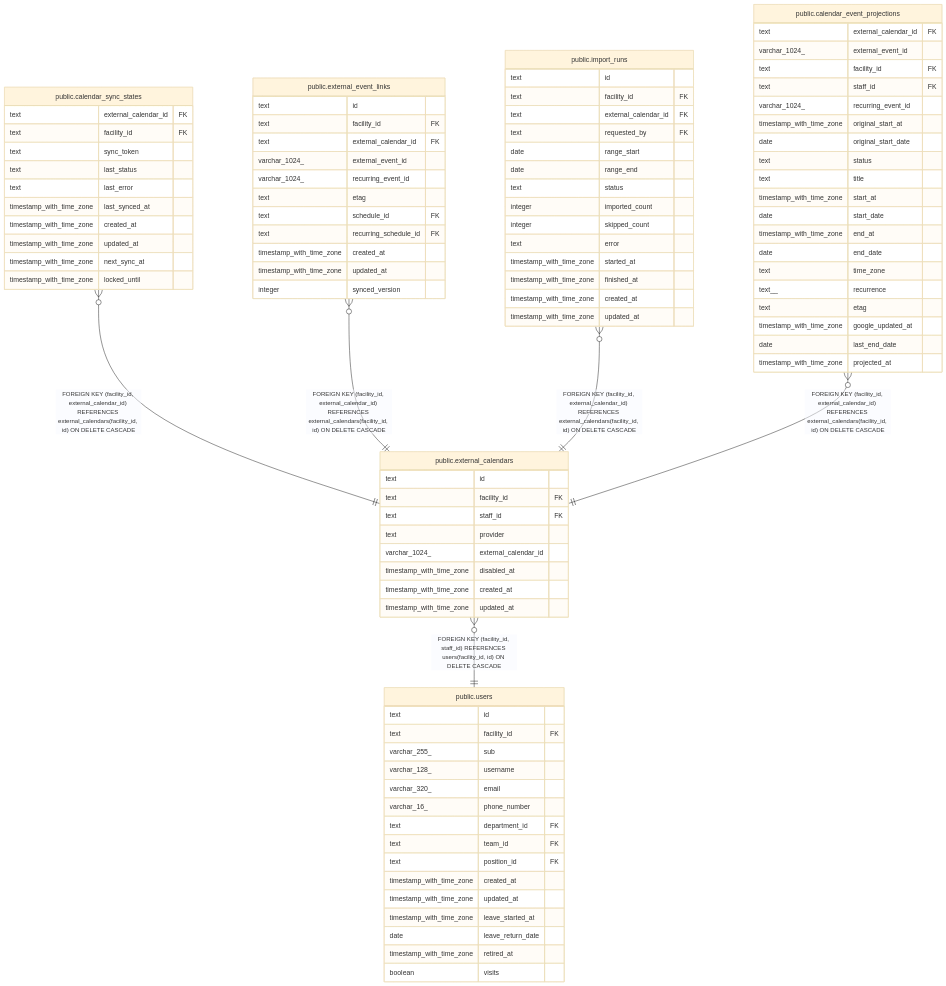
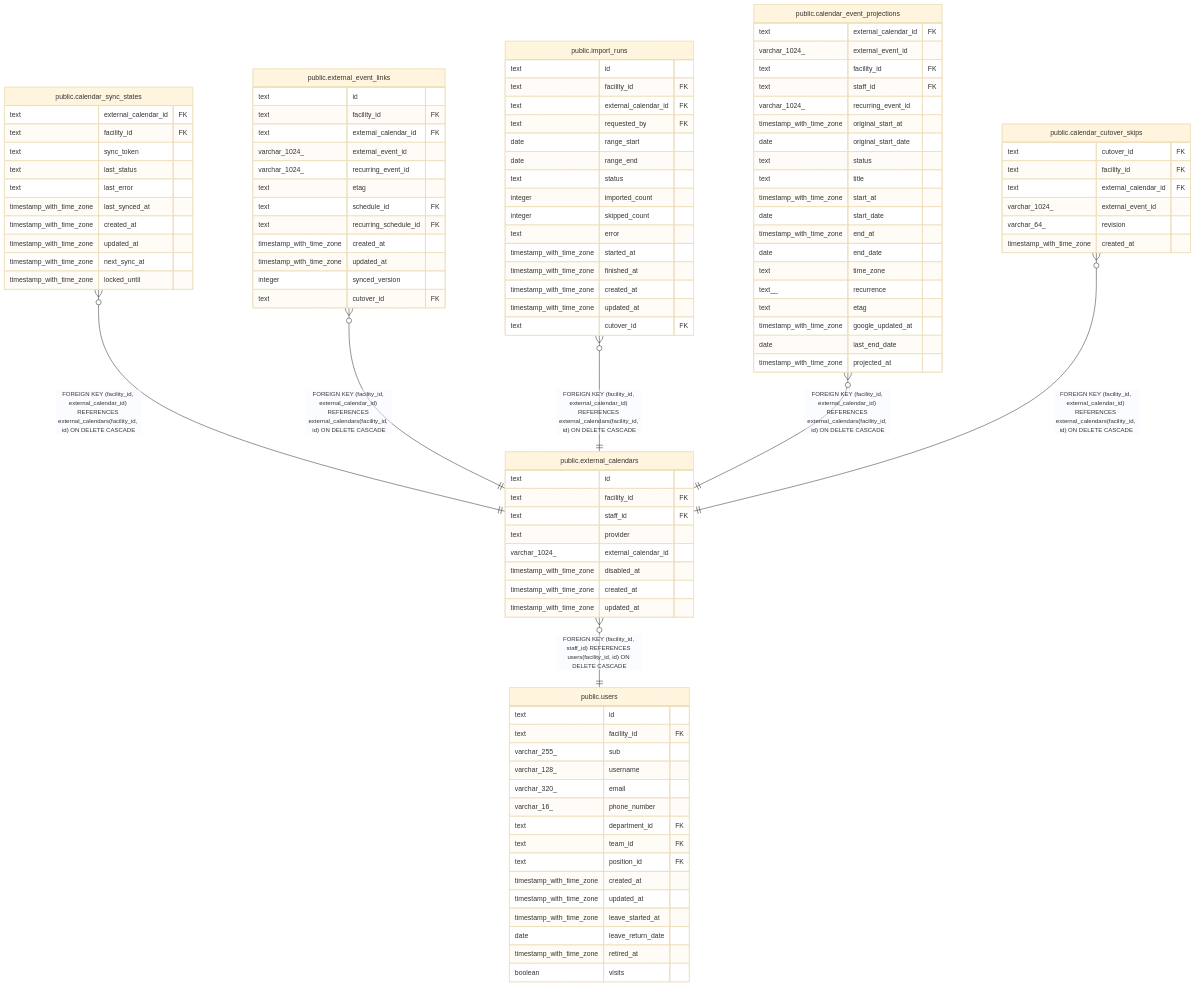
Before and after one commit to Fukuemon/buddy: the diagram in docs/db/schedule/public.external_calendars.md, drawn with Mermaid (base theme). The commit also changed other lines of this file and 77 other files, not shown here.

```diff
--- a/docs/db/schedule/public.external_calendars.md
+++ b/docs/db/schedule/public.external_calendars.md
@@ -66,6 +66,7 @@
 "public.external_event_links" }o--|| "public.external_calendars" : "FOREIGN KEY (facility_id, external_calendar_id) REFERENCES external_calendars(facility_id, id) ON DELETE CASCADE"
 "public.import_runs" }o--|| "public.external_calendars" : "FOREIGN KEY (facility_id, external_calendar_id) REFERENCES external_calendars(facility_id, id) ON DELETE CASCADE"
 "public.calendar_event_projections" }o--|| "public.external_calendars" : "FOREIGN KEY (facility_id, external_calendar_id) REFERENCES external_calendars(facility_id, id) ON DELETE CASCADE"
+"public.calendar_cutover_skips" }o--|| "public.external_calendars" : "FOREIGN KEY (facility_id, external_calendar_id) REFERENCES external_calendars(facility_id, id) ON DELETE CASCADE"
 "public.external_calendars" }o--|| "public.users" : "FOREIGN KEY (facility_id, staff_id) REFERENCES users(facility_id, id) ON DELETE CASCADE"
 
 "public.external_calendars" {
@@ -102,6 +103,7 @@
   timestamp_with_time_zone created_at
   timestamp_with_time_zone updated_at
   integer synced_version
+  text cutover_id FK
 }
 "public.import_runs" {
   text id
@@ -118,6 +120,7 @@
   timestamp_with_time_zone finished_at
   timestamp_with_time_zone created_at
   timestamp_with_time_zone updated_at
+  text cutover_id FK
 }
 "public.calendar_event_projections" {
   text external_calendar_id FK
@@ -140,6 +143,14 @@
   date last_end_date
   timestamp_with_time_zone projected_at
 }
+"public.calendar_cutover_skips" {
+  text cutover_id FK
+  text facility_id FK
+  text external_calendar_id FK
+  varchar_1024_ external_event_id
+  varchar_64_ revision
+  timestamp_with_time_zone created_at
+}
 "public.users" {
   text id
   text facility_id FK
```
